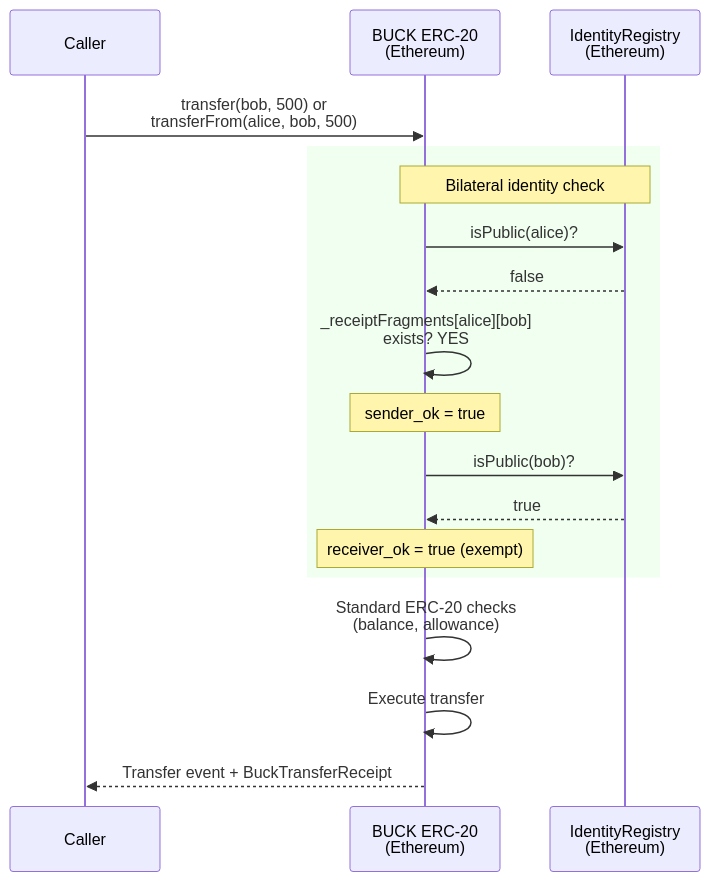
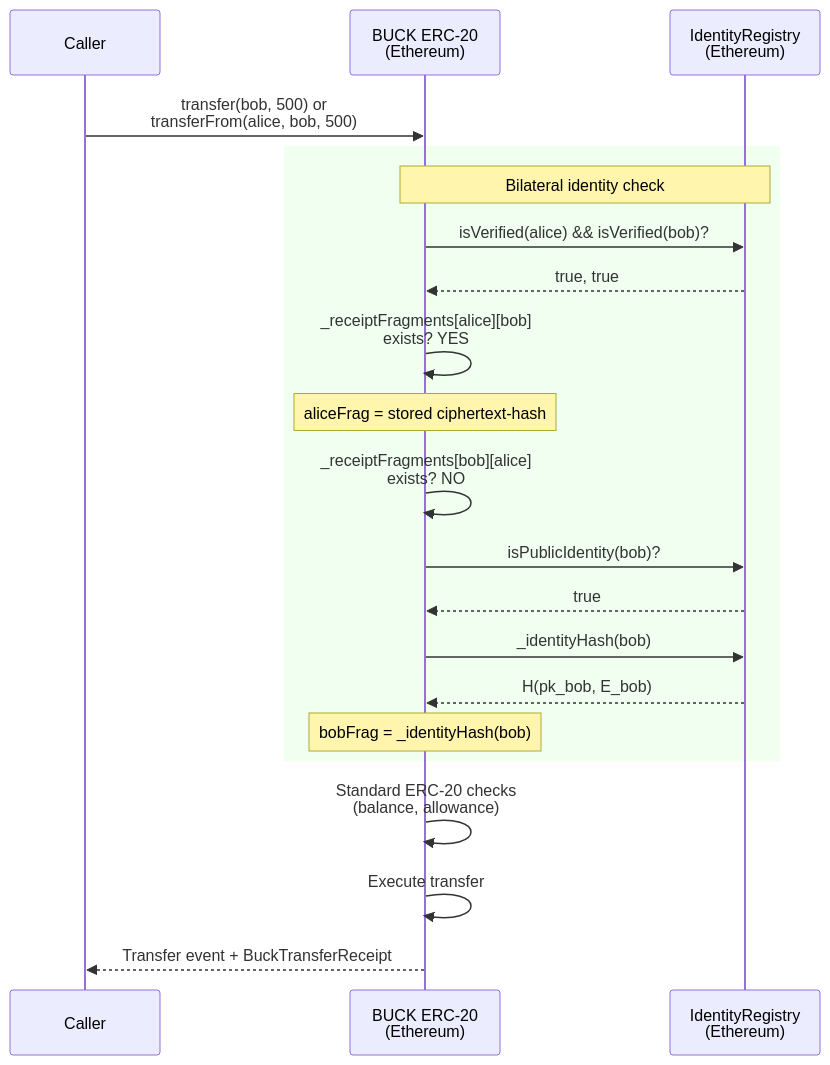
Before and after one commit to alberta-buck/alberta-buck: the third of 5 diagrams in alberta-buck-identity-example.org, drawn with Mermaid. The commit also changed other lines of this file and 33 other files, not shown here.

```diff
--- a/alberta-buck-identity-example.org
+++ b/alberta-buck-identity-example.org
@@ -188,25 +192,28 @@
    #+BEGIN_SRC mermaid :file ./images/transfer-flow.png
    sequenceDiagram
        participant C as Caller
        participant B as BUCK ERC-20<br/>(Ethereum)
        participant IR as IdentityRegistry<br/>(Ethereum)
 
        C->>B: transfer(bob, 500) or<br/>transferFrom(alice, bob, 500)
 
        rect rgb(240, 255, 240)
        Note over B,IR: Bilateral identity check
-       B->>IR: isPublic(alice)?
-       IR-->>B: false
+       B->>IR: isVerified(alice) && isVerified(bob)?
+       IR-->>B: true, true
        B->>B: _receiptFragments[alice][bob]<br/>exists? YES
-       Note over B: sender_ok = true
+       Note over B: aliceFrag = stored ciphertext-hash
 
-       B->>IR: isPublic(bob)?
+       B->>B: _receiptFragments[bob][alice]<br/>exists? NO
+       B->>IR: isPublicIdentity(bob)?
        IR-->>B: true
-       Note over B: receiver_ok = true (exempt)
+       B->>IR: _identityHash(bob)
+       IR-->>B: H(pk_bob, E_bob)
+       Note over B: bobFrag = _identityHash(bob)
        end
 
        B->>B: Standard ERC-20 checks<br/>(balance, allowance)
        B->>B: Execute transfer
 
        B-->>C: Transfer event + BuckTransferReceipt
    #+END_SRC
```
